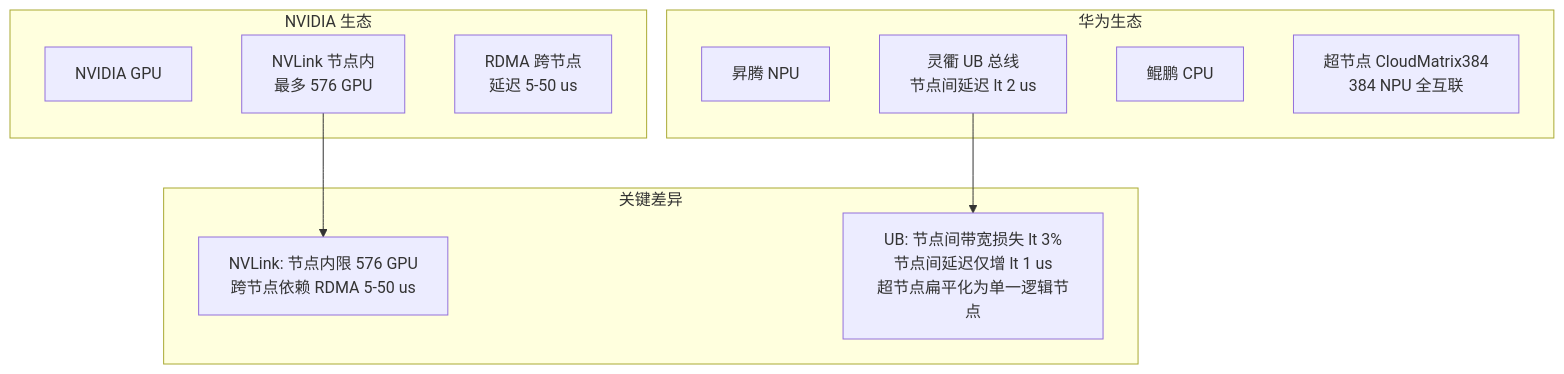
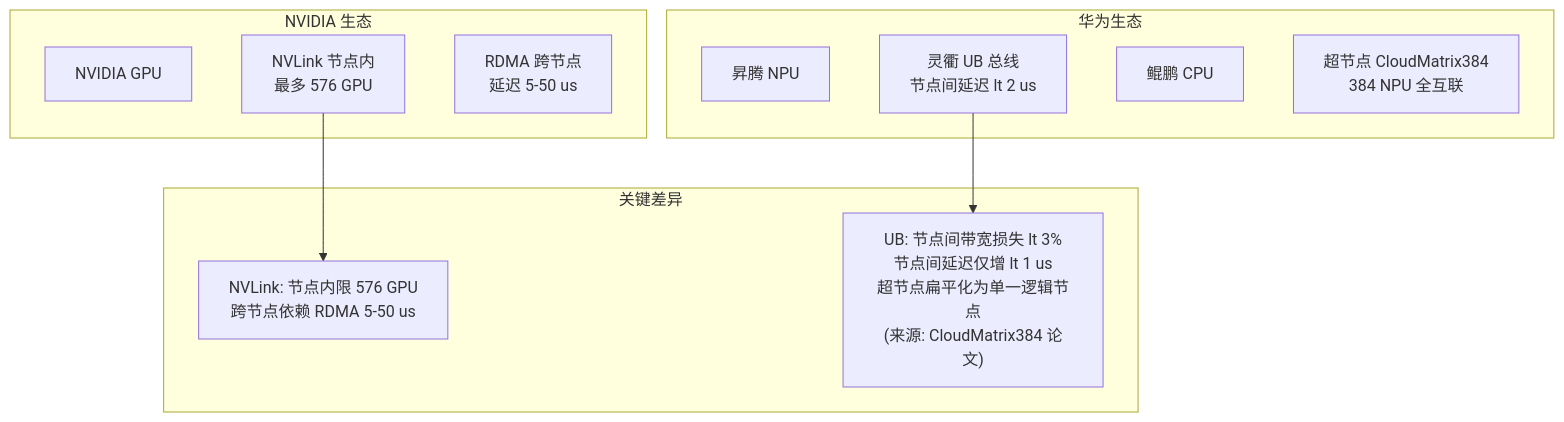
Before and after one commit to QJWang23/Mooncake: the sixth of 12 diagrams in docs/superpowers/briefings/2026-06-11-distributed-kvcache-executive-briefing.md, drawn with Mermaid. The commit also changed other lines of this file, not shown here.

````diff
--- a/docs/superpowers/briefings/2026-06-11-distributed-kvcache-executive-briefing.md
+++ b/docs/superpowers/briefings/2026-06-11-distributed-kvcache-executive-briefing.md
@@ -184,23 +245,23 @@
 ```mermaid
 graph TB
     subgraph NVIDIA生态["NVIDIA 生态"]
         NV_GPU["NVIDIA GPU"]
         NVLINK["NVLink 节点内<br/>最多 576 GPU"]
         RDMA_NV["RDMA 跨节点<br/>延迟 5-50 us"]
     end
 
     subgraph 华为生态["华为生态"]
         ASC_NPU["昇腾 NPU"]
         UB_BUS["灵衢 UB 总线<br/>节点间延迟 lt 2 us"]
         KUN_CPU["鲲鹏 CPU"]
         SUPER["超节点 CloudMatrix384<br/>384 NPU 全互联"]
     end
 
     subgraph 关键差异["关键差异"]
         DIFF1["NVLink: 节点内限 576 GPU<br/>跨节点依赖 RDMA 5-50 us"]
-        DIFF2["UB: 节点间带宽损失 lt 3%<br/>节点间延迟仅增 lt 1 us<br/>超节点扁平化为单一逻辑节点"]
+        DIFF2["UB: 节点间带宽损失 lt 3%<br/>节点间延迟仅增 lt 1 us<br/>超节点扁平化为单一逻辑节点<br/>(来源: CloudMatrix384 论文)"]
     end
 
     NVLINK --> DIFF1
     UB_BUS --> DIFF2
 ```
````
